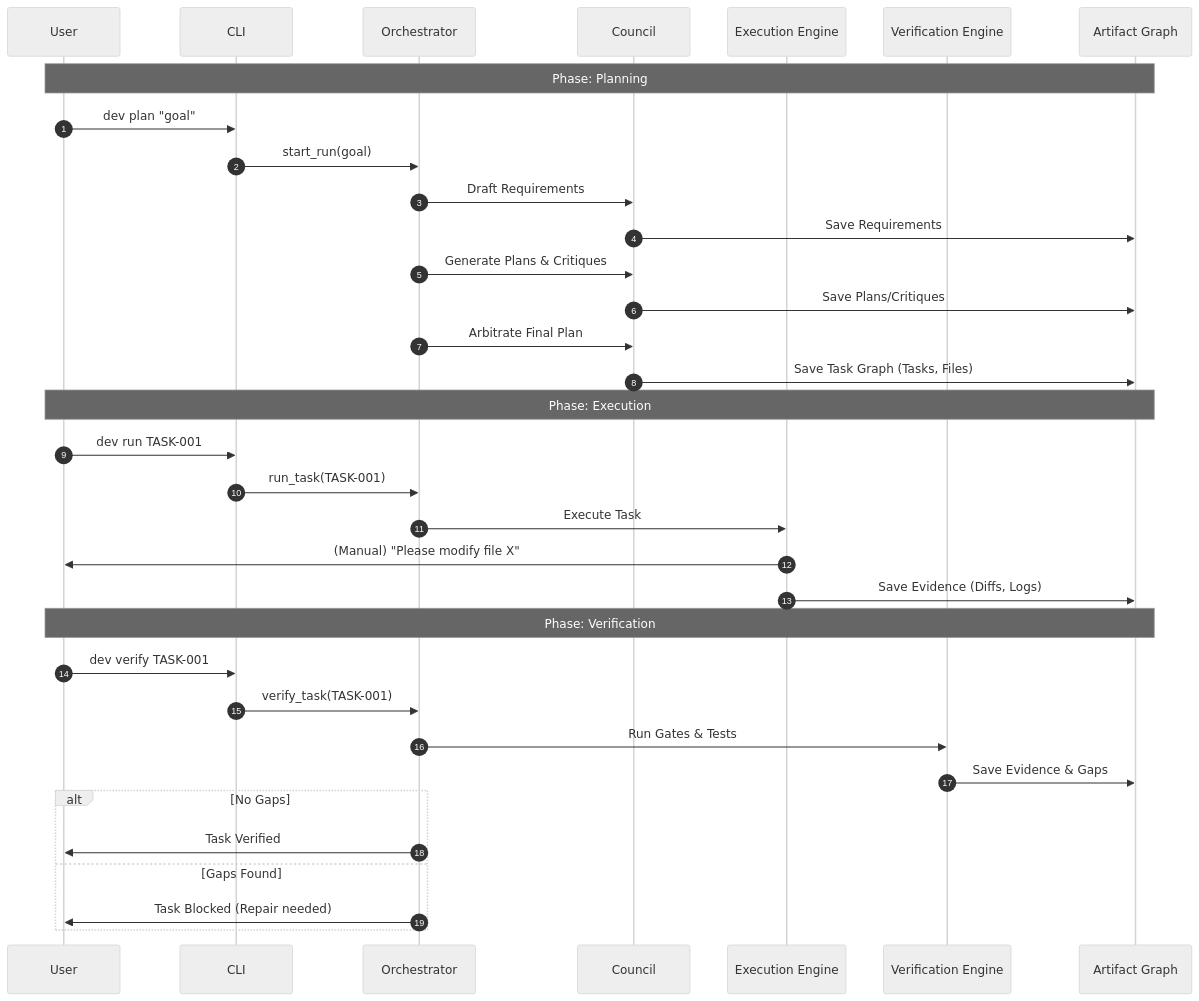
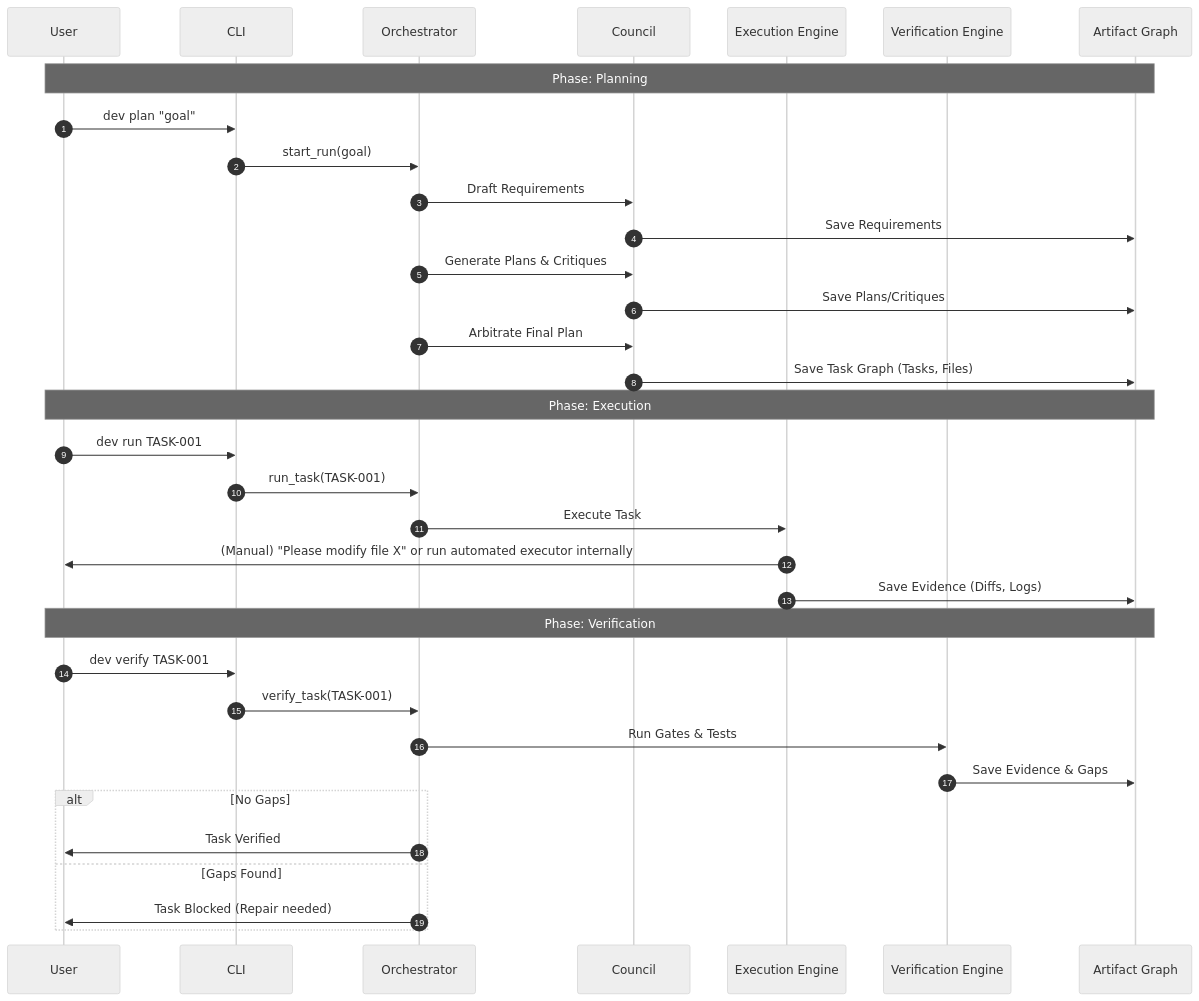
One commit to bharathvbcr/DevCouncil changed the diagram in docs/architecture/orchestration.md. Above: the diagram before and after it, drawn with Mermaid (neutral theme). The commit also changed 94 other files, not shown here.

````diff
--- a/docs/architecture/orchestration.md
+++ b/docs/architecture/orchestration.md
@@ -9,39 +9,39 @@
 ```mermaid
 sequenceDiagram
     autonumber
     participant User
     participant CLI
     participant Orch as Orchestrator
     participant Council
     participant Exec as Execution Engine
     participant Verif as Verification Engine
     participant Graph as Artifact Graph
 
     Note over User, Graph: Phase: Planning
     User->>CLI: dev plan "goal"
     CLI->>Orch: start_run(goal)
     Orch->>Council: Draft Requirements
     Council->>Graph: Save Requirements
     Orch->>Council: Generate Plans & Critiques
     Council->>Graph: Save Plans/Critiques
     Orch->>Council: Arbitrate Final Plan
     Council->>Graph: Save Task Graph (Tasks, Files)
     
     Note over User, Graph: Phase: Execution
     User->>CLI: dev run TASK-001
     CLI->>Orch: run_task(TASK-001)
     Orch->>Exec: Execute Task
-    Exec->>User: (Manual) "Please modify file X"
+    Exec->>User: (Manual) "Please modify file X" or run automated executor internally
     Exec->>Graph: Save Evidence (Diffs, Logs)
     
     Note over User, Graph: Phase: Verification
     User->>CLI: dev verify TASK-001
     CLI->>Orch: verify_task(TASK-001)
     Orch->>Verif: Run Gates & Tests
     Verif->>Graph: Save Evidence & Gaps
     alt No Gaps
         Orch->>User: Task Verified
     else Gaps Found
         Orch->>User: Task Blocked (Repair needed)
     end
 ```
````
